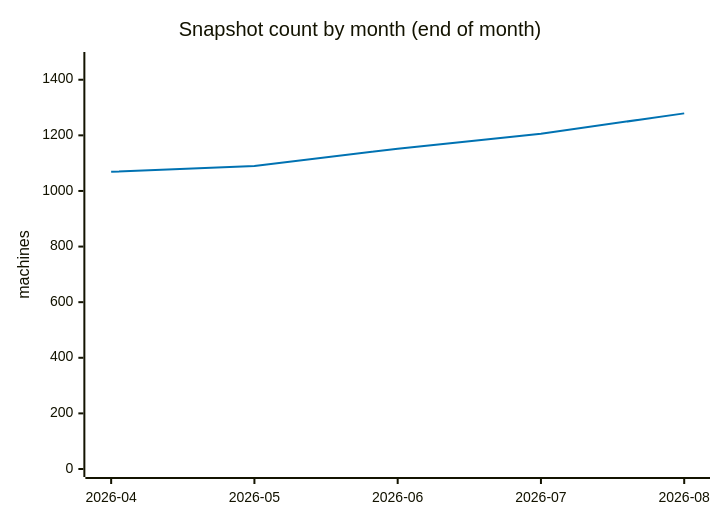
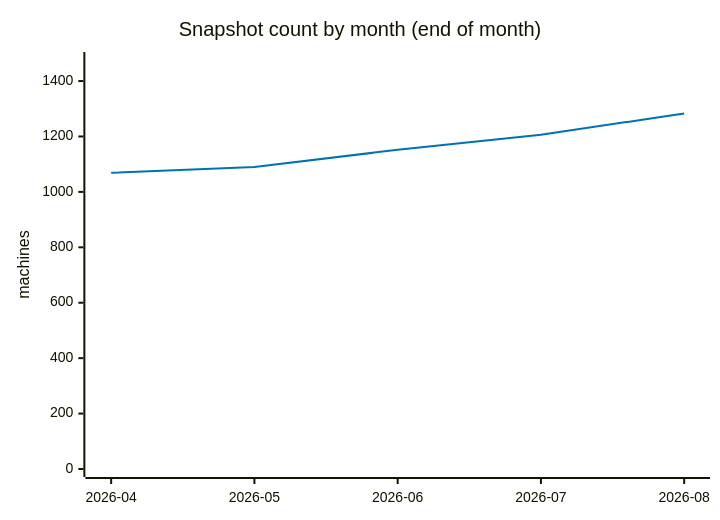
Before and after one commit to cheeaun/returnright-data: the sixth of 7 diagrams in ANALYSIS.md, drawn with Mermaid. The commit also changed other lines of this file and 3 other files, not shown here.

````diff
--- a/ANALYSIS.md
+++ b/ANALYSIS.md
@@ -288,13 +288,13 @@
 ```mermaid
 ---
 config:
   themeVariables:
     xyChart:
       plotColorPalette: "#0072B2"
 ---
 xychart-beta
     title "Snapshot count by month (end of month)"
     x-axis ["2026-04", "2026-05", "2026-06", "2026-07", "2026-08"]
-    y-axis "machines" 0 --> 1471
-    line [1069, 1090, 1152, 1206, 1279]
+    y-axis "machines" 0 --> 1476
+    line [1069, 1090, 1152, 1206, 1283]
 ```
````
